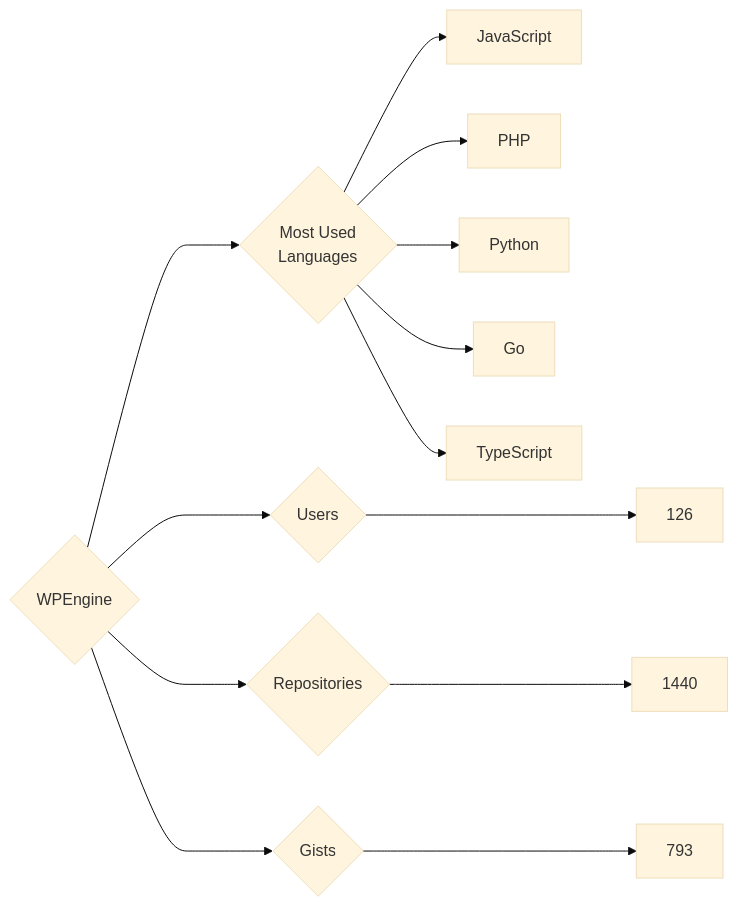
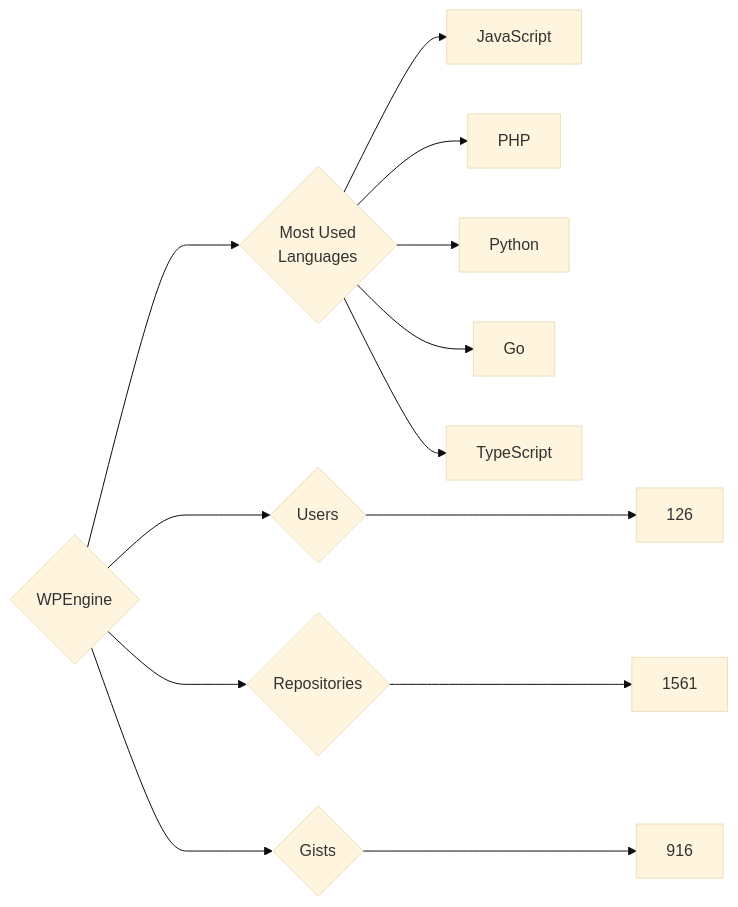
One commit to trickest/insiders changed the diagram in targets/WPEngine/README.md. Above: the diagram before and after it, drawn with Mermaid (base theme). The commit also changed 1508 other files, not shown here.

````diff
--- a/targets/WPEngine/README.md
+++ b/targets/WPEngine/README.md
@@ -3,13 +3,13 @@
 ```mermaid
 graph LR
 COMPANY_NAME{WPEngine}
 COMPANY_NAME ---> U{Users} ---> UN[126]
-COMPANY_NAME ---> R{Repositories} ---> RN[1440]
-COMPANY_NAME ---> G{Gists} ---> GN[793]
+COMPANY_NAME ---> R{Repositories} ---> RN[1561]
+COMPANY_NAME ---> G{Gists} ---> GN[916]
 COMPANY_NAME ---> ML{Most Used<br>Languages}
 ML --> JavaScript[JavaScript]
 ML --> PHP[PHP]
 ML --> Python[Python]
 ML --> Go[Go]
 ML --> TypeScript[TypeScript]
 ```
````
